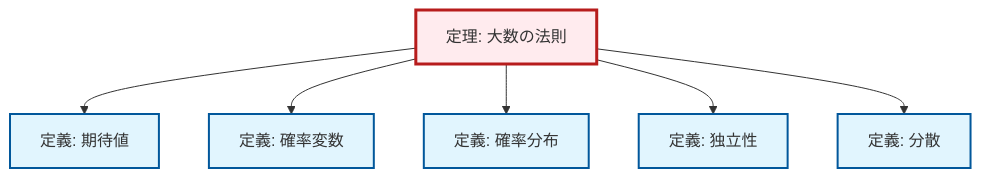
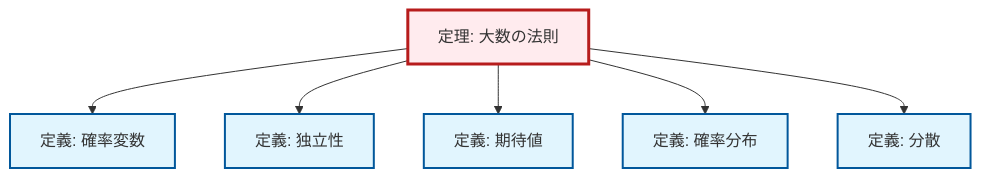
Before and after one commit to RK0429/ModernMath: the second of 2 diagrams in content/ja/probability-statistics/thm-law-of-large-numbers.qmd, drawn with Mermaid. The commit also changed other lines of this file and 1012 other files, not shown here.

````diff
--- a/content/ja/probability-statistics/thm-law-of-large-numbers.qmd
+++ b/content/ja/probability-statistics/thm-law-of-large-numbers.qmd
@@ -90,26 +90,26 @@
 ```{mermaid}
 %%| fig-cap: "Local dependency graph"
 graph TD
     classDef definition fill:#e1f5fe,stroke:#01579b,stroke-width:2px
     classDef theorem fill:#f3e5f5,stroke:#4a148c,stroke-width:2px
     classDef axiom fill:#fff3e0,stroke:#e65100,stroke-width:2px
     classDef example fill:#e8f5e9,stroke:#1b5e20,stroke-width:2px
     classDef current fill:#ffebee,stroke:#b71c1c,stroke-width:3px
+    def-probability-distribution["定義: 確率分布"]:::definition
     def-expectation["定義: 期待値"]:::definition
     def-random-variable["定義: 確率変数"]:::definition
+    def-independence["定義: 独立性"]:::definition
+    thm-law-of-large-numbers["定理: 大数の法則"]:::theorem
     def-variance["定義: 分散"]:::definition
-    thm-law-of-large-numbers["定理: 大数の法則"]:::theorem
-    def-independence["定義: 独立性"]:::definition
-    def-probability-distribution["定義: 確率分布"]:::definition
+    thm-law-of-large-numbers --> def-random-variable
+    thm-law-of-large-numbers --> def-independence
     thm-law-of-large-numbers --> def-expectation
-    thm-law-of-large-numbers --> def-random-variable
     thm-law-of-large-numbers --> def-probability-distribution
-    thm-law-of-large-numbers --> def-independence
     thm-law-of-large-numbers --> def-variance
     class thm-law-of-large-numbers current
+    click def-probability-distribution "def-probability-distribution.html" "確率分布の定義へ"
     click def-expectation "def-expectation.html" "期待値の定義へ"
     click def-random-variable "def-random-variable.html" "確率変数の定義へ"
+    click def-independence "def-independence.html" "独立性の定義へ"
     click def-variance "def-variance.html" "分散の定義へ"
-    click def-independence "def-independence.html" "独立性の定義へ"
-    click def-probability-distribution "def-probability-distribution.html" "確率分布の定義へ"
 ```
````
